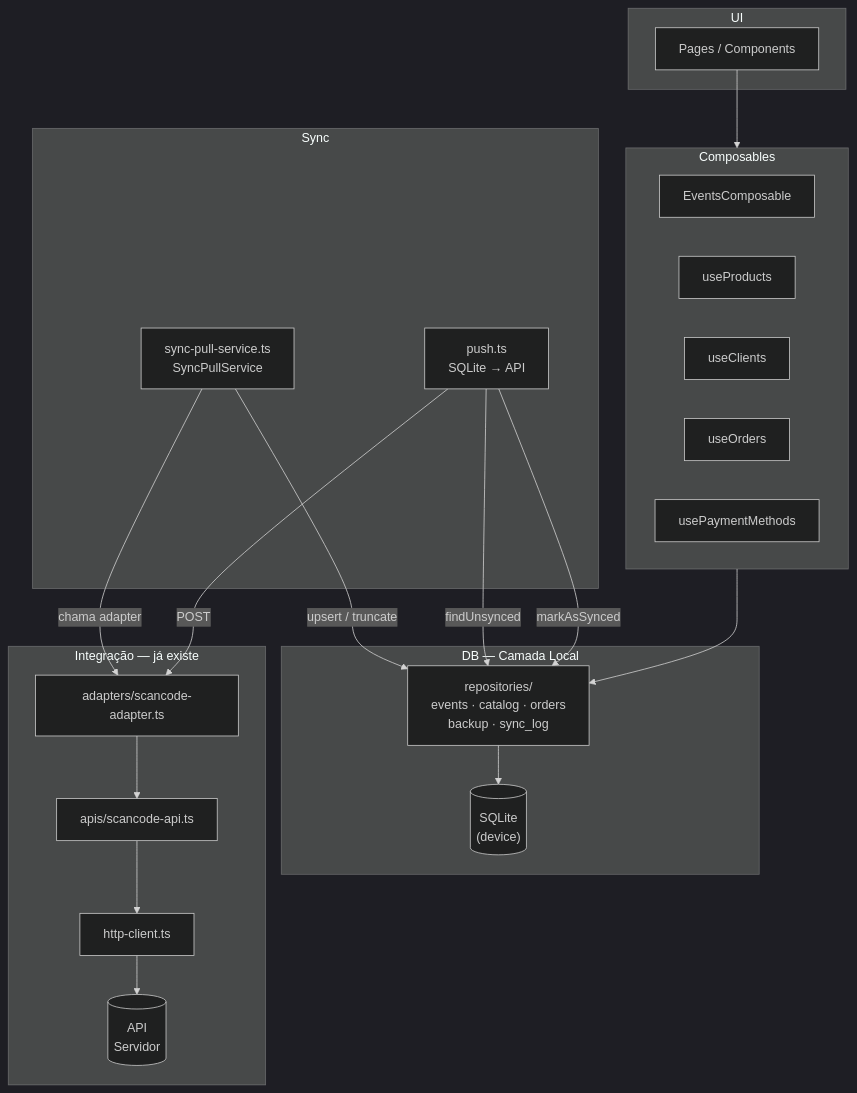
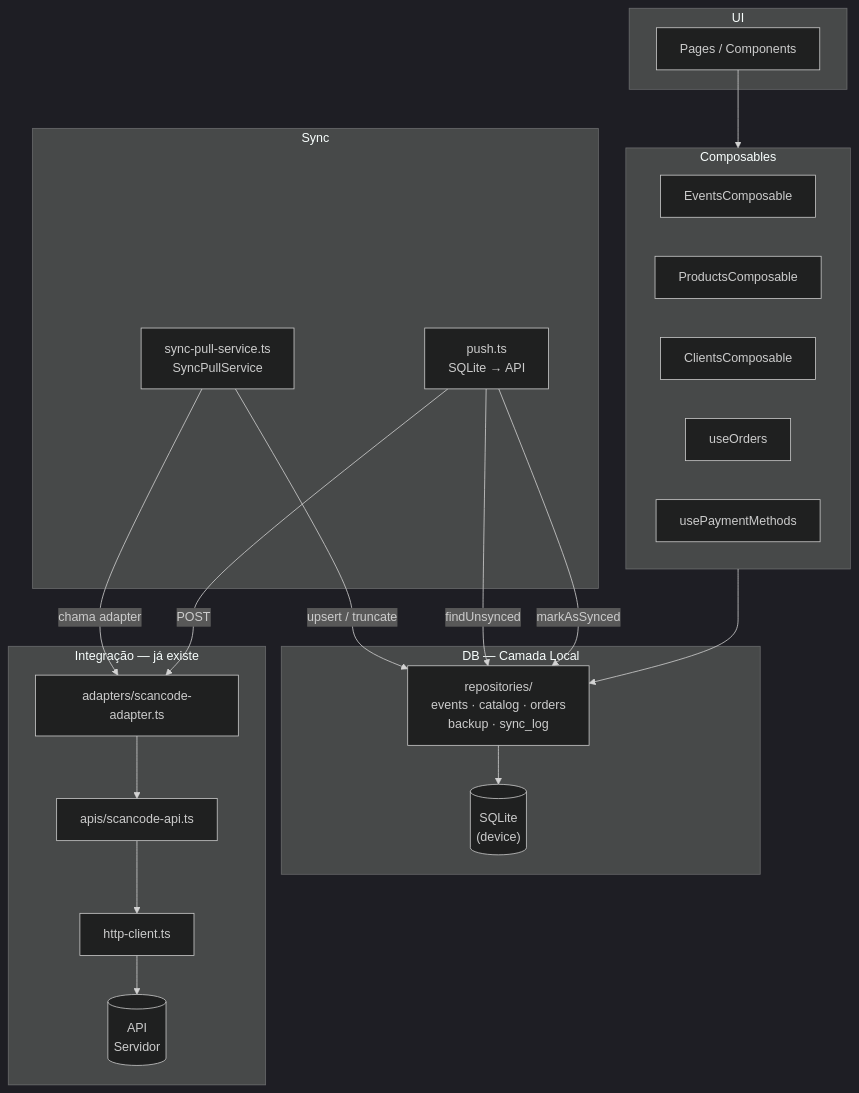
One commit to LeonardoBAV/scancode-app-sample changed the diagram in specs/00-architecture.md. Above: the diagram before and after it, drawn with Mermaid (dark theme). The commit also changed other lines of this file and 13 other files, not shown here.

````diff
--- a/specs/00-architecture.md
+++ b/specs/00-architecture.md
@@ -66,45 +66,45 @@
 ```mermaid
 flowchart TD
     subgraph ui [UI]
         Pages["Pages / Components"]
     end
 
     subgraph composables [Composables]
         EventsComposable["EventsComposable"]
-        useProducts["useProducts"]
-        useClients["useClients"]
+        ProductsComposable["ProductsComposable"]
+        ClientsComposable["ClientsComposable"]
         useOrders["useOrders"]
         usePaymentMethods["usePaymentMethods"]
     end
 
     subgraph db [DB — Camada Local]
         Repos["repositories/\nevents · catalog · orders\nbackup · sync_log"]
         SQLite[("SQLite\n(device)")]
     end
 
     subgraph sync [Sync]
         SyncPull["sync-pull-service.ts\nSyncPullService"]
         Push["push.ts\nSQLite → API"]
     end
 
     subgraph integration [Integração — já existe]
         Adapter["adapters/scancode-adapter.ts"]
         ApiFile["apis/scancode-api.ts"]
         HttpClient["http-client.ts"]
         API[("API\nServidor")]
     end
 
     Pages --> composables
     composables --> Repos
     Repos --> SQLite
 
     SyncPull -->|"chama adapter"| Adapter
     SyncPull -->|"upsert / truncate"| Repos
     Push -->|"findUnsynced"| Repos
     Push -->|"POST"| Adapter
     Push -->|"markAsSynced"| Repos
 
     Adapter --> ApiFile
     ApiFile --> HttpClient
     HttpClient --> API
 ```
````
